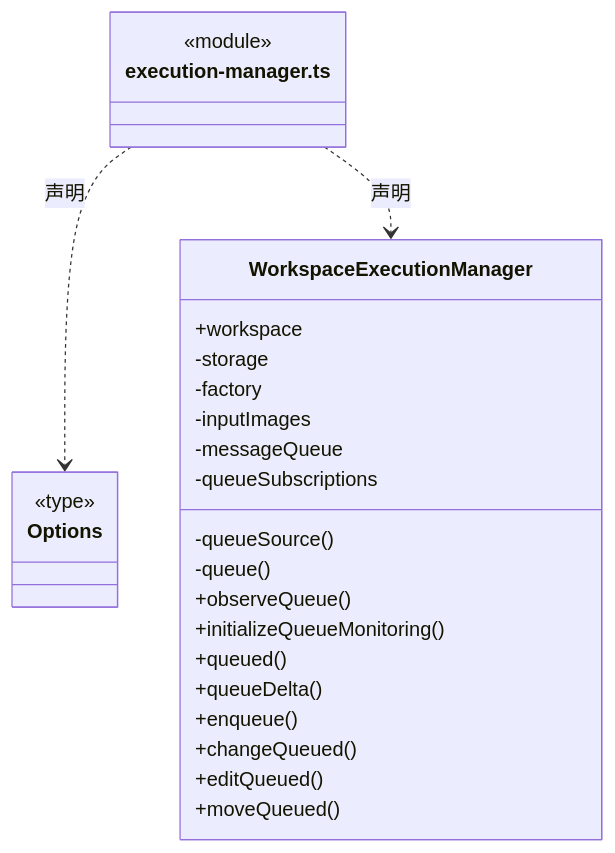
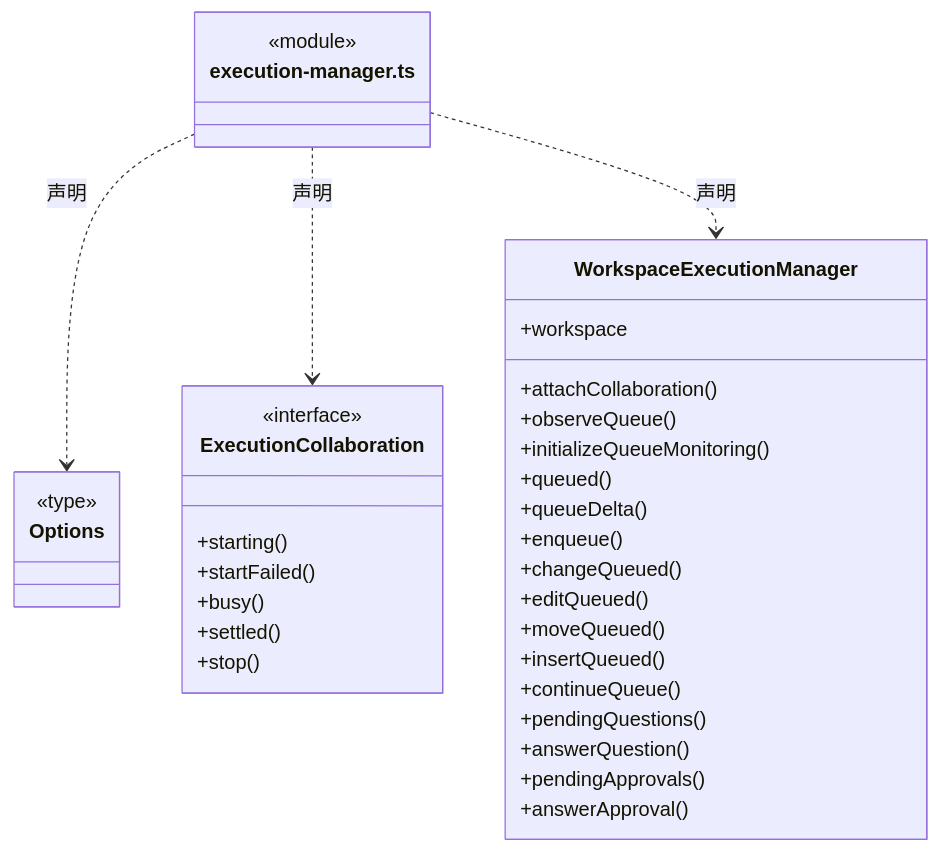
Before and after one commit to nan023062/cbim: the sixth of 26 diagrams in src/backend/scheduler-engine/execution/ARCHITECTURE.md, drawn with Mermaid. The commit also changed other lines of this file and 240 other files, not shown here.

````diff
--- a/src/backend/scheduler-engine/execution/ARCHITECTURE.md
+++ b/src/backend/scheduler-engine/execution/ARCHITECTURE.md
@@ -68,30 +185,39 @@
 ```mermaid
 classDiagram
 class N_src_backend_scheduler_engine_execution_execution_manager_ts["execution-manager.ts"] {
   <<module>>
 }
 class N_src_backend_scheduler_engine_execution_execution_manager_ts_Options["Options"] {
   <<type>>
 
 }
 N_src_backend_scheduler_engine_execution_execution_manager_ts ..> N_src_backend_scheduler_engine_execution_execution_manager_ts_Options : 声明
+class N_src_backend_scheduler_engine_execution_execution_manager_ts_ExecutionCollaboration["ExecutionCollaboration"] {
+  <<interface>>
+  +starting()
+  +startFailed()
+  +busy()
+  +settled()
+  +stop()
+}
+N_src_backend_scheduler_engine_execution_execution_manager_ts ..> N_src_backend_scheduler_engine_execution_execution_manager_ts_ExecutionCollaboration : 声明
 class N_src_backend_scheduler_engine_execution_execution_manager_ts_WorkspaceExecutionManager["WorkspaceExecutionManager"] {
   +workspace
-  -storage
-  -factory
-  -inputImages
-  -messageQueue
-  -queueSubscriptions
-  -queueSource()
-  -queue()
+  +attachCollaboration()
   +observeQueue()
   +initializeQueueMonitoring()
   +queued()
   +queueDelta()
   +enqueue()
   +changeQueued()
   +editQueued()
   +moveQueued()
+  +insertQueued()
+  +continueQueue()
+  +pendingQuestions()
+  +answerQuestion()
+  +pendingApprovals()
+  +answerApproval()
 }
 N_src_backend_scheduler_engine_execution_execution_manager_ts ..> N_src_backend_scheduler_engine_execution_execution_manager_ts_WorkspaceExecutionManager : 声明
 ```
````
